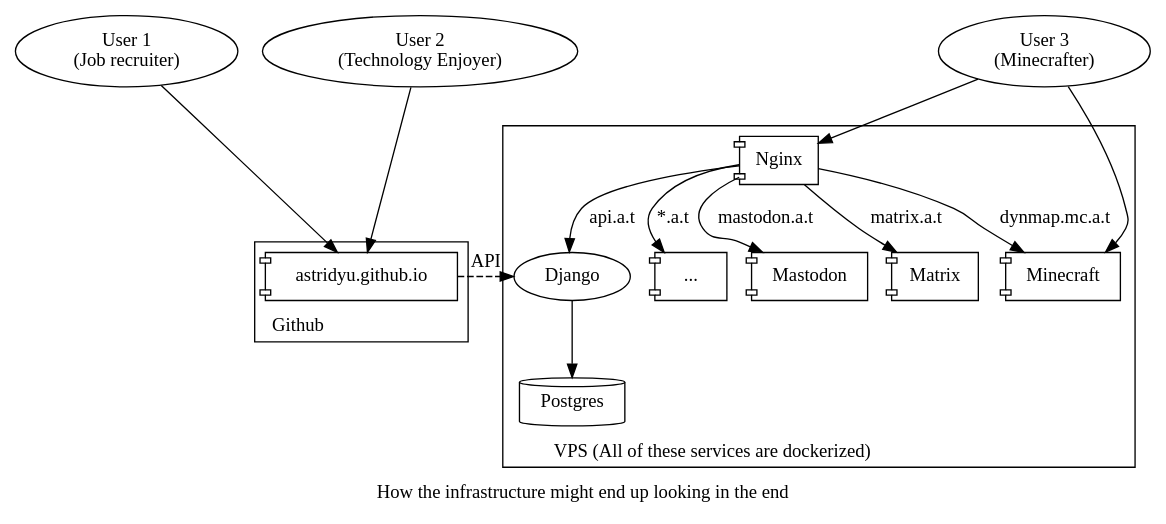
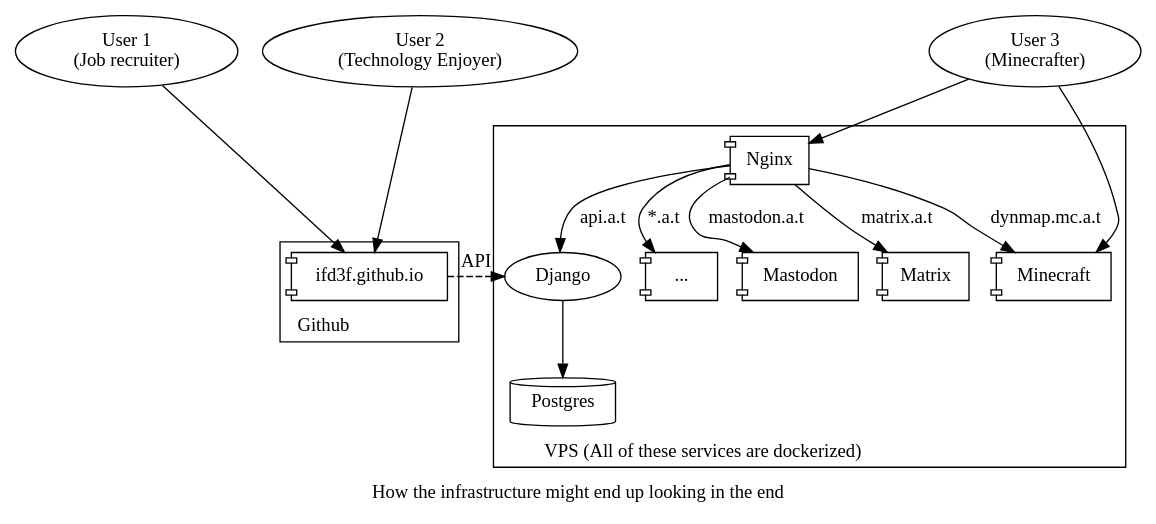
One commit to ifd3f/astrid.tech-old changed the diagram in content/blog/2020/12/20/backend.md. Above: the diagram before and after it, drawn with Graphviz. The commit also changed 50 other files, not shown here.

````diff
--- a/content/blog/2020/12/20/backend.md
+++ b/content/blog/2020/12/20/backend.md
@@ -77,63 +77,63 @@
 ```dot
 digraph "The server infrastructure end up looking something like this." {
     label = "How the infrastructure might end up looking in the end"
     labelloc = b
     rankdir = TB
     newrank = true
 
     subgraph cluster_github {
         label = "Github"
         labeljust = l
         rank = 2
-        ghpages[label = "astridyu.github.io" shape=component]
+        ghpages[label = "ifd3f.github.io" shape=component]
     }
 
     {
         rank = same
         django
         ghpages
     }
 
     subgraph cluster_backend {
         node [shape=component]
         edge [lblstyle="sloped" splines=false labeldistance=0]
         label = "VPS (All of these services are dockerized)"
         labeljust = l
 
         nginx [label="Nginx"]
         etc [label="..."]
         django [label="Django"]
         db [label="Postgres" shape=cylinder]
         mastodon [label="Mastodon"]
         matrix [label="Matrix"]
         minecraft [label="Minecraft"]
 
         nginx -> mastodon [label="mastodon.a.t"]
         nginx -> minecraft [label="dynmap.mc.a.t"]
         nginx -> matrix [label="matrix.a.t"]
         nginx -> django [label="api.a.t"]
         nginx -> etc [label="*.a.t"]
     }
 
     django -> db
 
     ghpages -> django [style=dashed label="API"]
 
     user1 [label="User 1\n(Job recruiter)"]
     user2 [label="User 2\n(Technology Enjoyer)"]
 
     user1 -> ghpages
     user2 -> ghpages
 
     user3 [label="User 3\n(Minecrafter)"]
     user3 -> minecraft
     user3 -> nginx
 
     {
         rank = min
         user1
         user2
         user3
     }
 }
 ```
````
